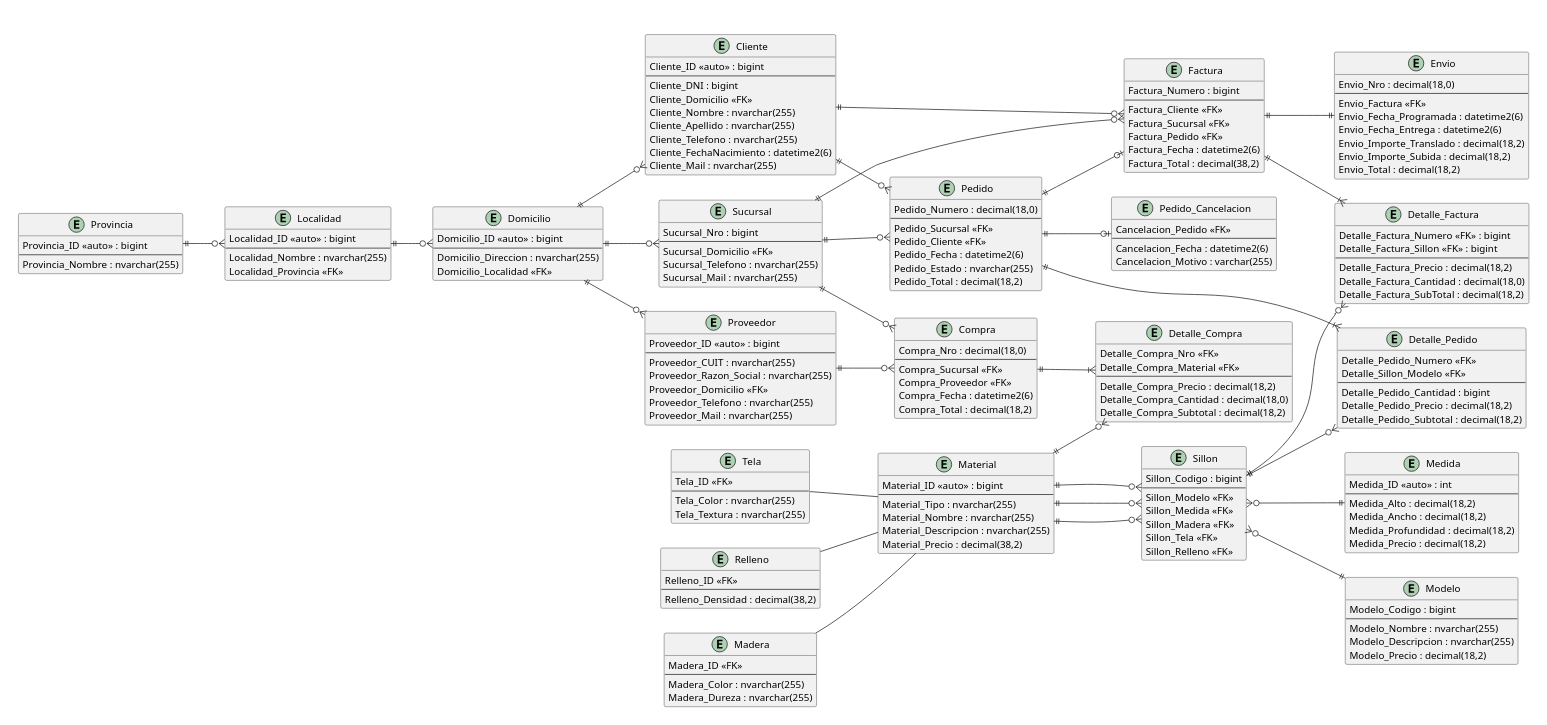
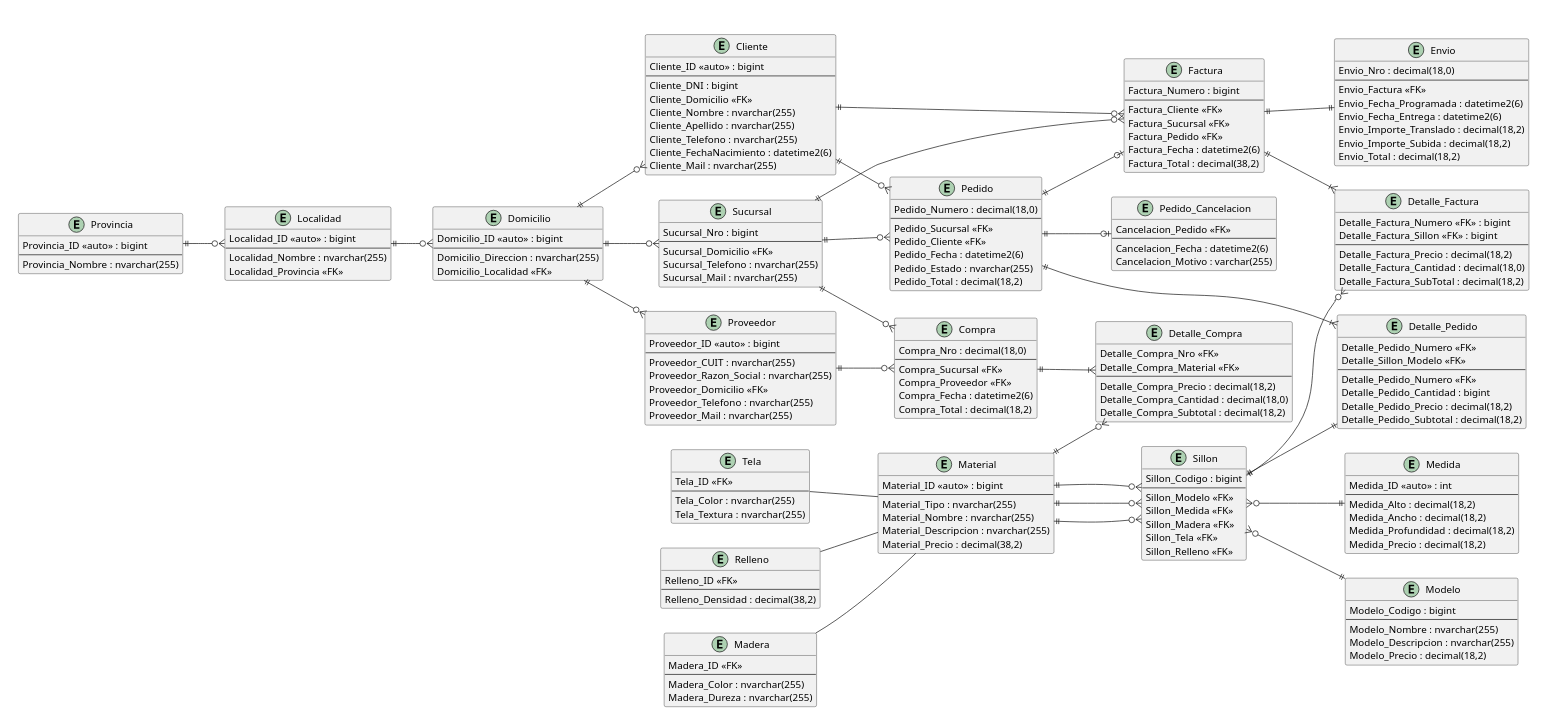
Before and after one commit to JuanManuelRama/BasesDeDatos: the diagram in DER.puml, drawn with PlantUML.

Commit message:
Sillón-Detalle es 1 a 1

```diff
--- a/DER.puml
+++ b/DER.puml
@@ -178,6 +178,7 @@
     Detalle_Pedido_Numero <<FK>>
     Detalle_Sillon_Modelo <<FK>>
     --
+    Detalle_Pedido_Numero <<FK>>
     Detalle_Pedido_Cantidad : bigint
     Detalle_Pedido_Precio : decimal(18,2)
     Detalle_Pedido_Subtotal : decimal(18,2)
@@ -192,7 +193,7 @@
   Cliente ||--o{ Pedido
   Sucursal ||--o{ Pedido
   Pedido   ||--|{ Detalle_Pedido
-  Sillon   ||--o{ Detalle_Pedido
+  Sillon   ||--|| Detalle_Pedido
   Pedido   ||--o| Pedido_Cancelacion
 }
 
```
